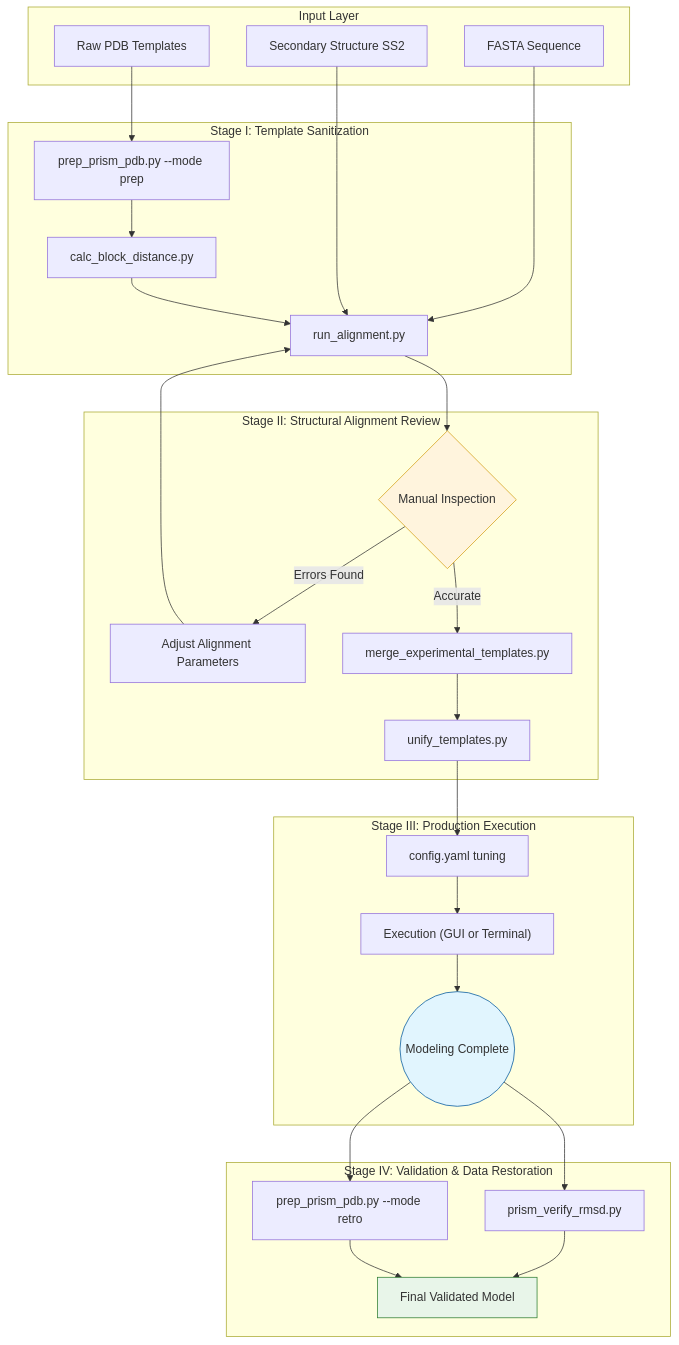
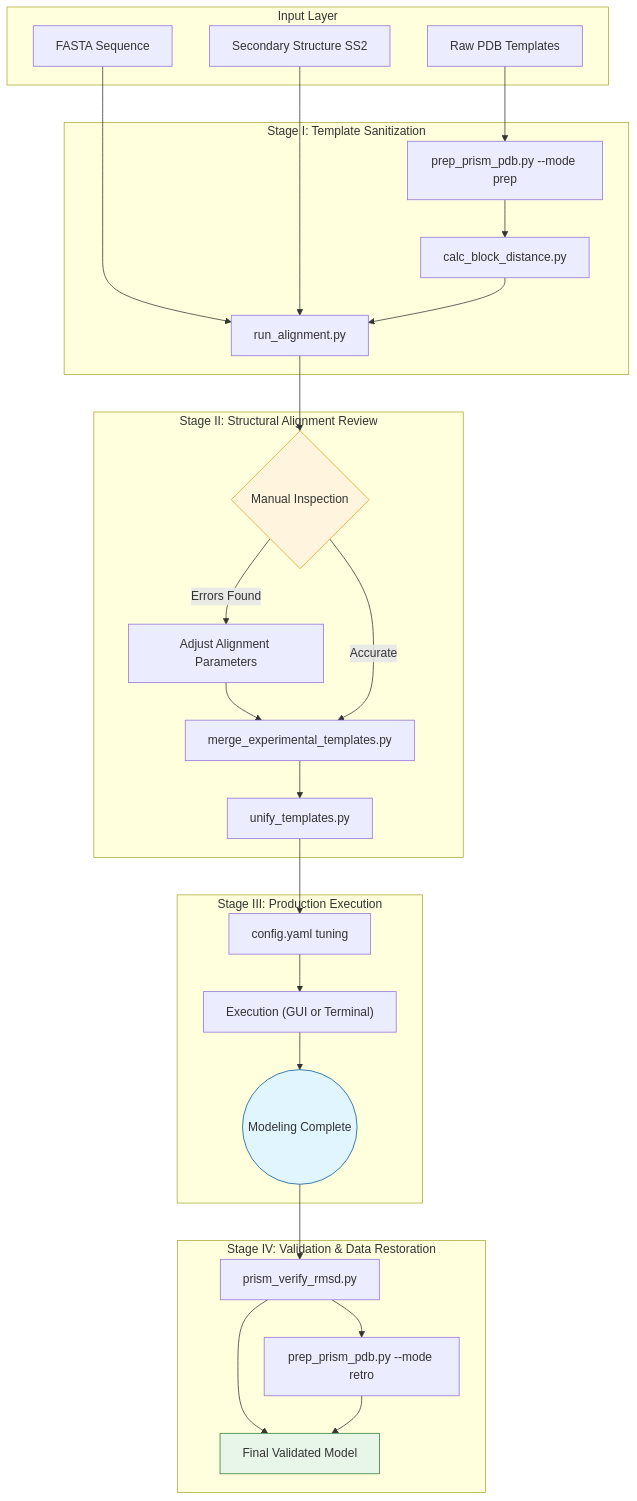
One commit to richardloopez/PRISM_Protected-Region-Insertion-Suite-for-Modeling changed the diagram in README.md. Above: the diagram before and after it, drawn with Mermaid.

Commit message:
Fix diagram connections in README.md

````diff
--- a/README.md
+++ b/README.md
@@ -198,41 +198,41 @@
 ```mermaid
 graph TD
     subgraph "Input Layer"
         A[Raw PDB Templates]
         B[FASTA Sequence]
         C[Secondary Structure SS2]
     end
 
     subgraph "Stage I: Template Sanitization"
         A --> PREP[prep_prism_pdb.py --mode prep]
         PREP --> DIST[calc_block_distance.py]
         B --> ALIGN
         C --> ALIGN
         DIST --> ALIGN[run_alignment.py]
     end
 
     subgraph "Stage II: Structural Alignment Review"
         ALIGN --> REV{Manual Inspection}
         REV -- "Errors Found" --> FIX[Adjust Alignment Parameters]
-        FIX --> ALIGN
-        REV -- "Accurate" --> MERGE[merge_experimental_templates.py]
+        FIX --> MERGE[merge_experimental_templates.py]
+        REV -- "Accurate" --> MERGE
         MERGE --> UNIFY[unify_templates.py]
     end
 
     subgraph "Stage III: Production Execution"
         UNIFY --> CONFIG[config.yaml tuning]
         CONFIG --> EXEC["Execution (GUI or Terminal)"]
         EXEC --> COMP((Modeling Complete))
     end
 
     subgraph "Stage IV: Validation & Data Restoration"
         COMP --> RMSD[prism_verify_rmsd.py]
-        COMP --> RETRO[prep_prism_pdb.py --mode retro]
         RMSD --> FINAL[Final Validated Model]
+        RMSD --> RETRO[prep_prism_pdb.py --mode retro]
         RETRO --> FINAL
     end
 
     style REV fill:#fff4dd,stroke:#d4a017
     style COMP fill:#e1f5fe,stroke:#01579b
     style FINAL fill:#e8f5e9,stroke:#2e7d32
 ```
````
